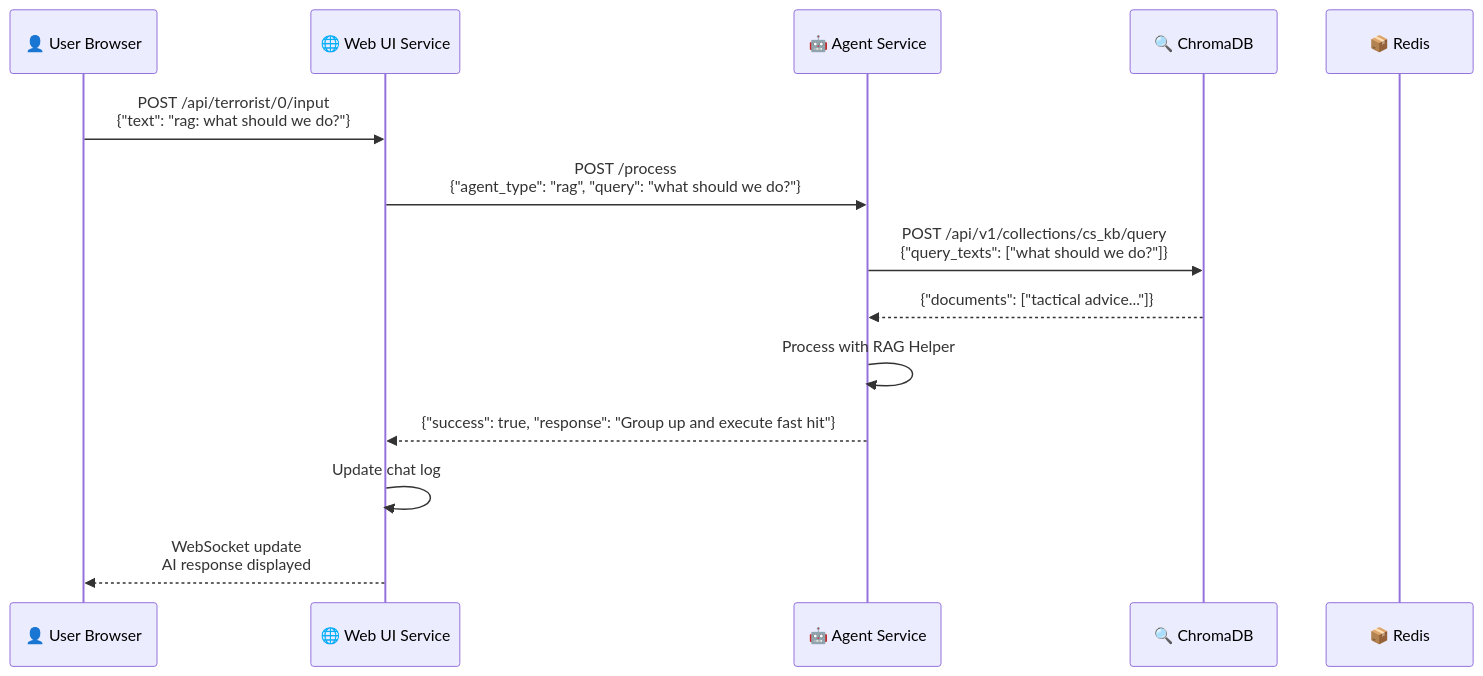
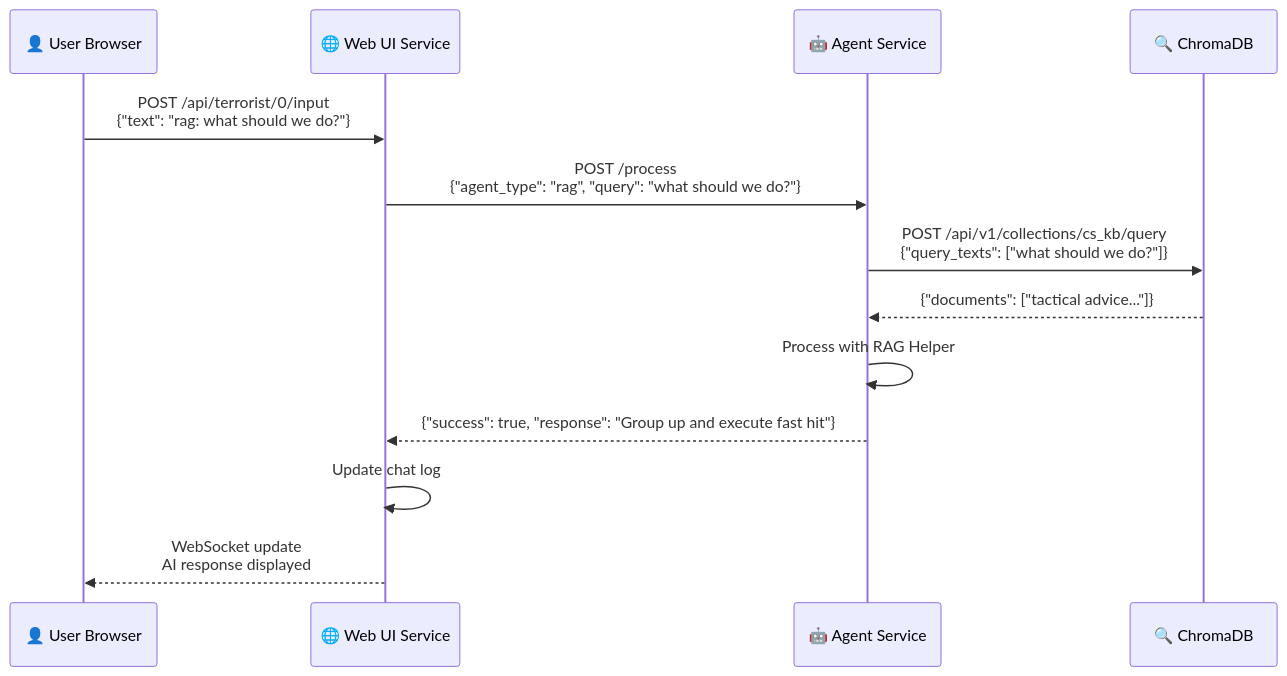
One commit to akashkthkr/counter_strike_ag2_agent changed the third of 6 diagrams in docker/README.md. Above: the diagram before and after it, drawn with Mermaid. The commit also changed other lines of this file and 10 other files, not shown here.

````diff
--- a/docker/README.md
+++ b/docker/README.md
@@ -103,17 +87,17 @@
 ```mermaid
 sequenceDiagram
     participant User as 👤 User Browser
     participant WebUI as 🌐 Web UI Service
     participant Agents as 🤖 Agent Service
     participant ChromaDB as 🔍 ChromaDB
-    participant Redis as 📦 Redis
+
 
     User->>WebUI: POST /api/terrorist/0/input<br/>{"text": "rag: what should we do?"}
     WebUI->>Agents: POST /process<br/>{"agent_type": "rag", "query": "what should we do?"}
     Agents->>ChromaDB: POST /api/v1/collections/cs_kb/query<br/>{"query_texts": ["what should we do?"]}
     ChromaDB-->>Agents: {"documents": ["tactical advice..."]}
     Agents->>Agents: Process with RAG Helper
     Agents-->>WebUI: {"success": true, "response": "Group up and execute fast hit"}
     WebUI->>WebUI: Update chat log
     WebUI-->>User: WebSocket update<br/>AI response displayed
 ```
````
